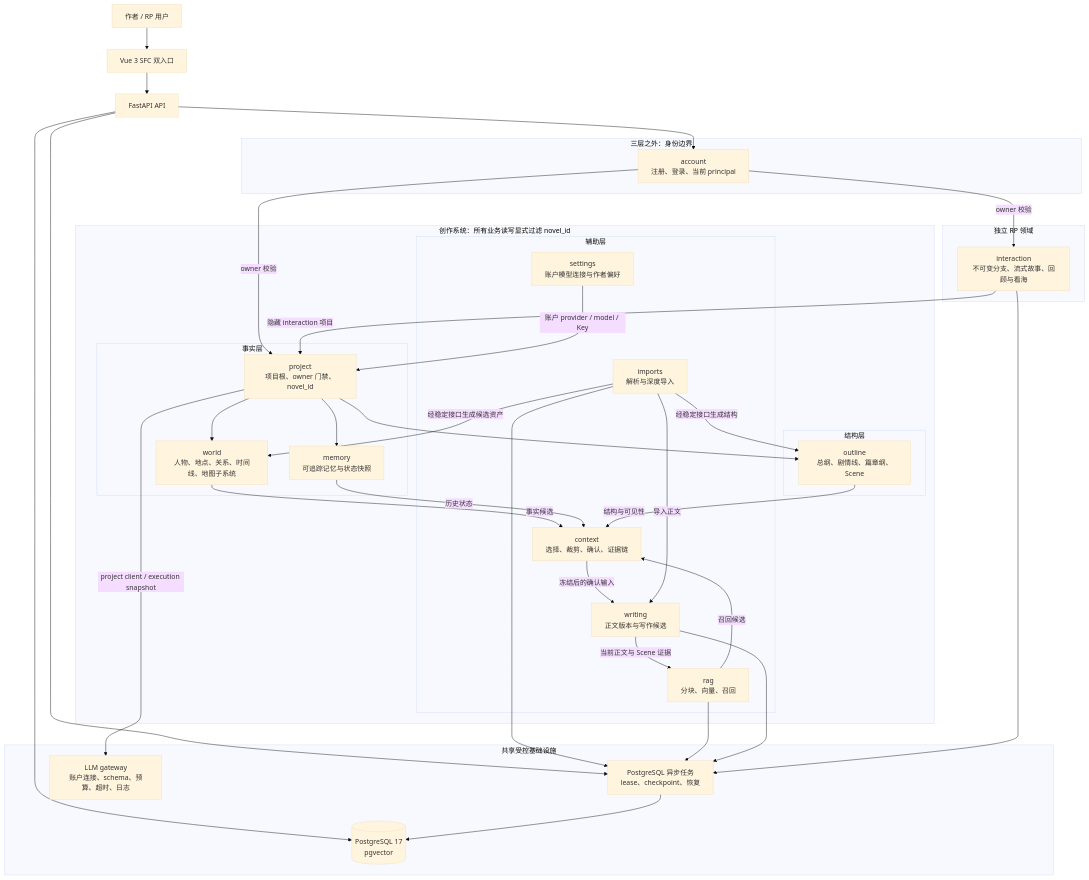
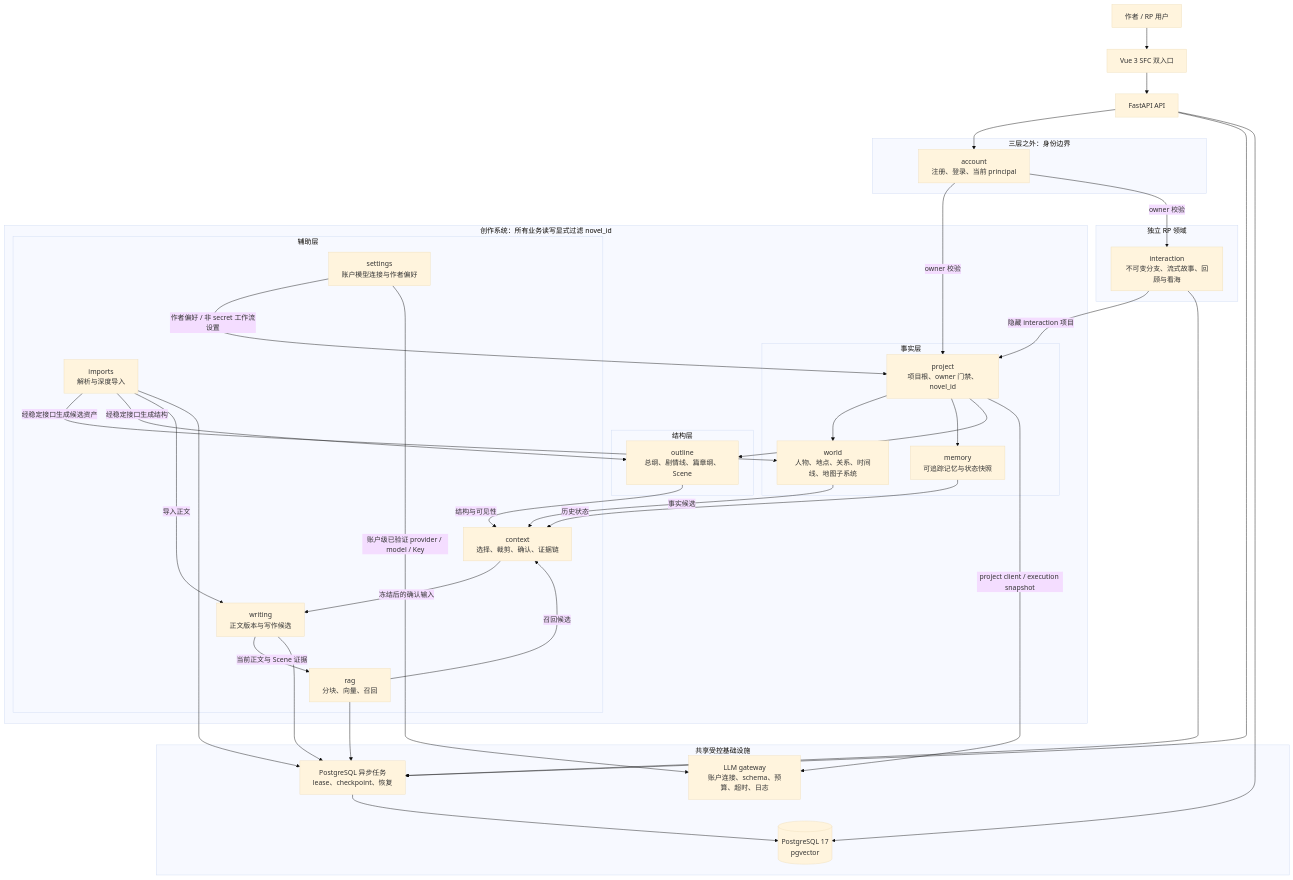
The third of 7 diagrams in README.md (FengHuoLinShan/ai-writing-assist), drawn with Mermaid (base theme) before and after one commit. The commit also changed other lines of this file, not shown here.

````diff
--- a/README.md
+++ b/README.md
@@ -127,68 +151,69 @@
 ```mermaid
 flowchart TB
     User["作者 / RP 用户"] --> UI["Vue 3 SFC 双入口"]
     UI --> API["FastAPI API"]
 
     subgraph Identity["三层之外：身份边界"]
         Account["account<br/>注册、登录、当前 principal"]
     end
 
     API --> Account
 
     subgraph Creative["创作系统：所有业务读写显式过滤 novel_id"]
         subgraph Facts["事实层"]
             Project["project<br/>项目根、owner 门禁、novel_id"]
             World["world<br/>人物、地点、关系、时间线、地图子系统"]
             Memory["memory<br/>可追踪记忆与状态快照"]
         end
 
         subgraph Structure["结构层"]
             Outline["outline<br/>总纲、剧情线、篇章纲、Scene"]
         end
 
         subgraph Support["辅助层"]
             Imports["imports<br/>解析与深度导入"]
             RAG["rag<br/>分块、向量、召回"]
             Context["context<br/>选择、裁剪、确认、证据链"]
             Writing["writing<br/>正文版本与写作候选"]
             Settings["settings<br/>账户模型连接与作者偏好"]
         end
     end
 
     subgraph RP["独立 RP 领域"]
         Interaction["interaction<br/>不可变分支、流式故事、回顾与看海"]
     end
 
     Account -->|"owner 校验"| Project
     Account -->|"owner 校验"| Interaction
     Interaction -->|"隐藏 interaction 项目"| Project
     Project --> World
     Project --> Memory
     Project --> Outline
 
     Writing -->|"当前正文与 Scene 证据"| RAG
     World -->|"事实候选"| Context
     Memory -->|"历史状态"| Context
     Outline -->|"结构与可见性"| Context
     RAG -->|"召回候选"| Context
     Context -->|"冻结后的确认输入"| Writing
     Imports -->|"经稳定接口生成候选资产"| World
     Imports -->|"经稳定接口生成结构"| Outline
     Imports -->|"导入正文"| Writing
-    Settings -->|"账户 provider / model / Key"| Project
+    Settings -->|"作者偏好 / 非 secret 工作流设置"| Project
 
     subgraph Platform["共享受控基础设施"]
         Tasks["PostgreSQL 异步任务<br/>lease、checkpoint、恢复"]
         LLM["LLM gateway<br/>账户连接、schema、预算、超时、日志"]
         DB[("PostgreSQL 17<br/>pgvector")]
     end
 
     API --> Tasks
     Imports --> Tasks
     RAG --> Tasks
     Writing --> Tasks
     Interaction --> Tasks
+    Settings -->|"账户级已验证 provider / model / Key"| LLM
     Project -->|"project client / execution snapshot"| LLM
     API --> DB
     Tasks --> DB
 ```
````
